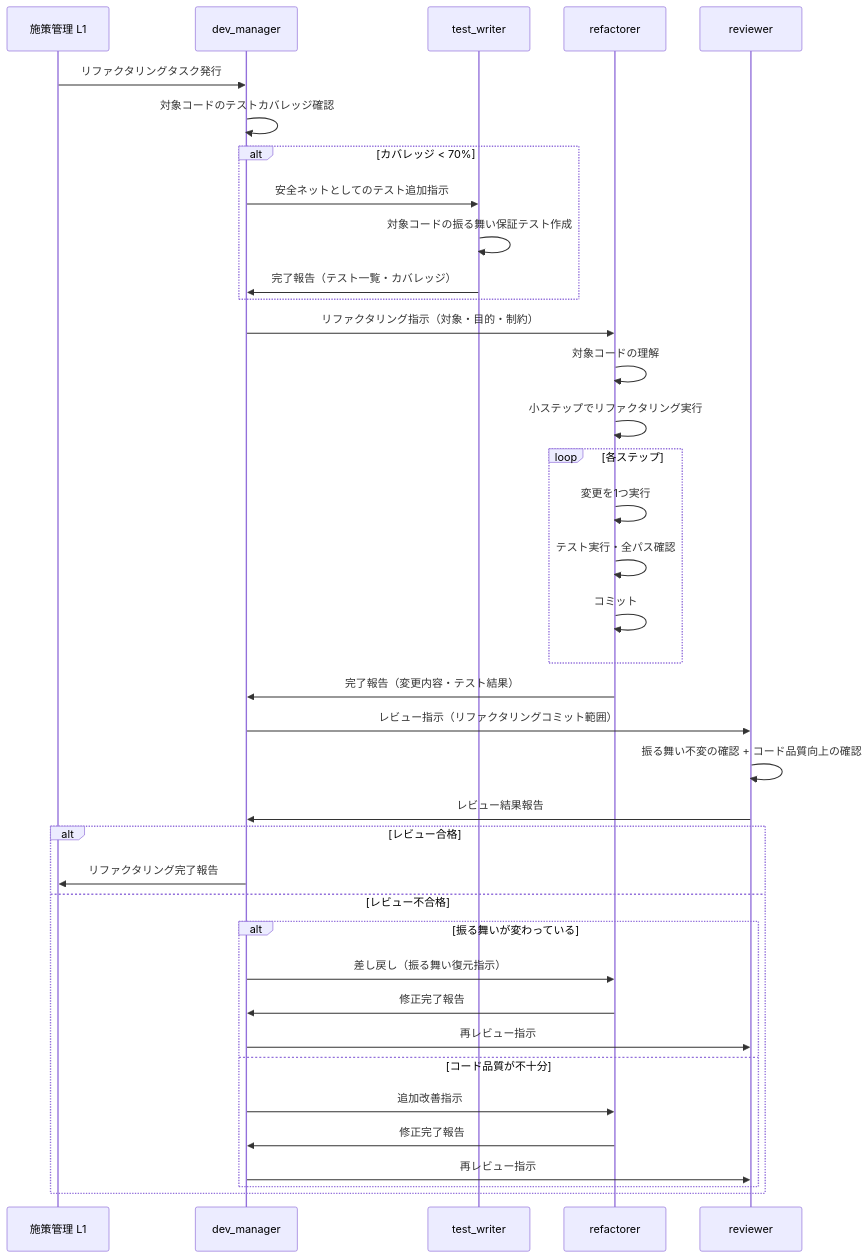
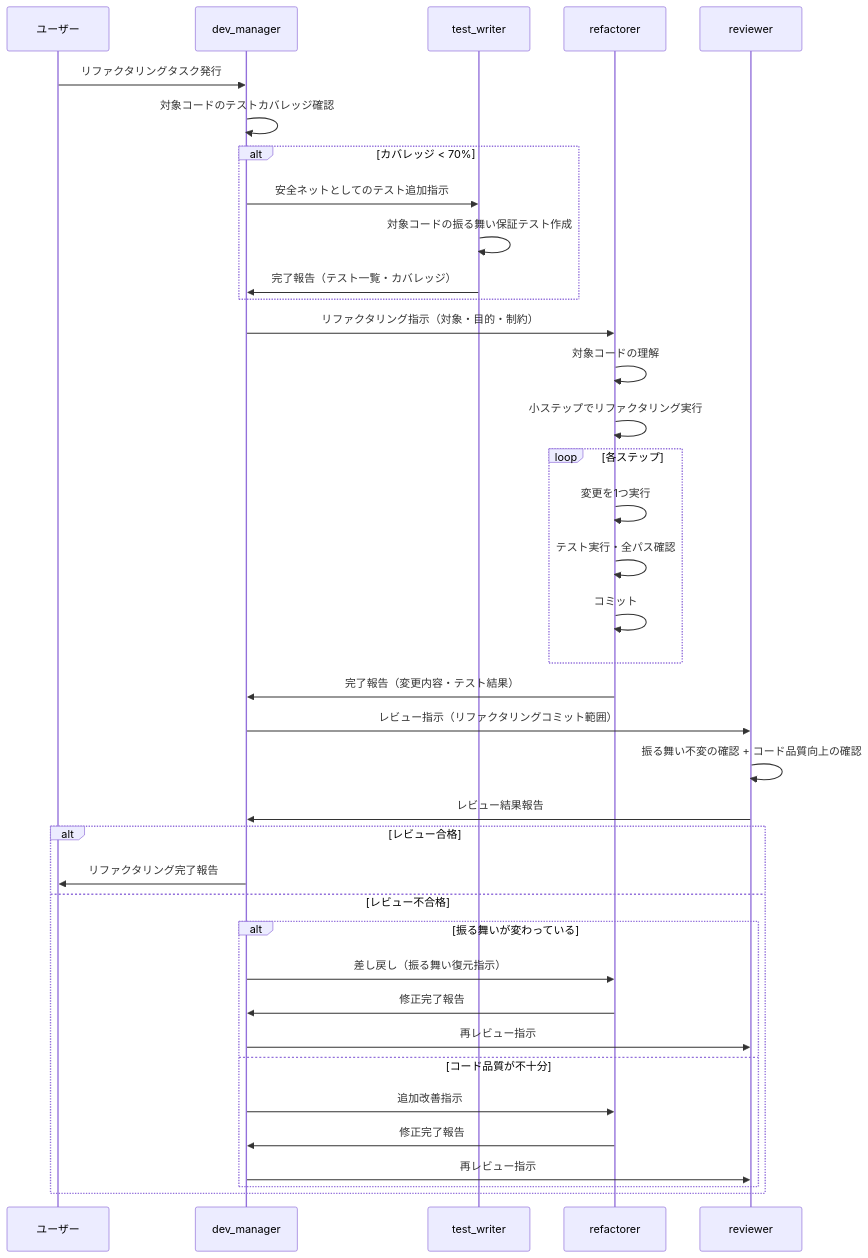
The fourth of 6 diagrams in docs/design/dev-workflow-detail.md (ryo12-n/ai-driven-dev-patterns), drawn with Mermaid before and after one commit. The commit also changed other lines of this file and 19 other files, not shown here.

````diff
--- a/docs/design/dev-workflow-detail.md
+++ b/docs/design/dev-workflow-detail.md
@@ -246,45 +246,45 @@
 ```mermaid
 sequenceDiagram
-    participant L1 as 施策管理 L1
+    participant User as ユーザー
     participant DM as dev_manager
     participant TW as test_writer
     participant RF as refactorer
     participant RV as reviewer
 
-    L1->>DM: リファクタリングタスク発行
+    User->>DM: リファクタリングタスク発行
     DM->>DM: 対象コードのテストカバレッジ確認
 
     alt カバレッジ < 70%
         DM->>TW: 安全ネットとしてのテスト追加指示
         TW->>TW: 対象コードの振る舞い保証テスト作成
         TW->>DM: 完了報告（テスト一覧・カバレッジ）
     end
 
     DM->>RF: リファクタリング指示（対象・目的・制約）
     RF->>RF: 対象コードの理解
     RF->>RF: 小ステップでリファクタリング実行
     loop 各ステップ
         RF->>RF: 変更を1つ実行
         RF->>RF: テスト実行・全パス確認
         RF->>RF: コミット
     end
     RF->>DM: 完了報告（変更内容・テスト結果）
 
     DM->>RV: レビュー指示（リファクタリングコミット範囲）
     RV->>RV: 振る舞い不変の確認 + コード品質向上の確認
     RV->>DM: レビュー結果報告
 
     alt レビュー合格
-        DM->>L1: リファクタリング完了報告
+        DM->>User: リファクタリング完了報告
     else レビュー不合格
         alt 振る舞いが変わっている
             DM->>RF: 差し戻し（振る舞い復元指示）
             RF->>DM: 修正完了報告
             DM->>RV: 再レビュー指示
         else コード品質が不十分
             DM->>RF: 追加改善指示
             RF->>DM: 修正完了報告
             DM->>RV: 再レビュー指示
         end
     end
 ```
````
